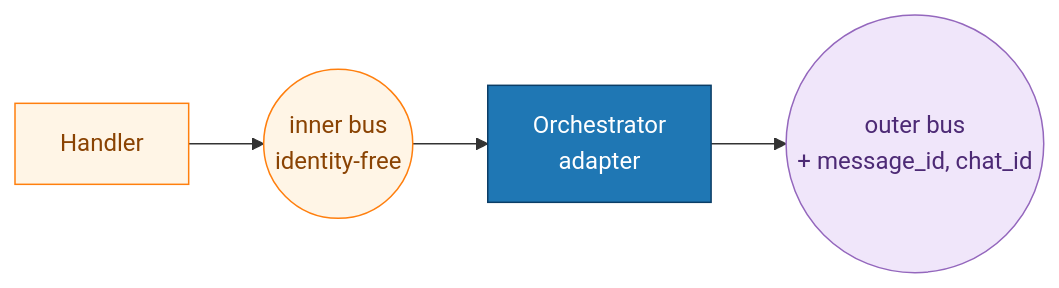
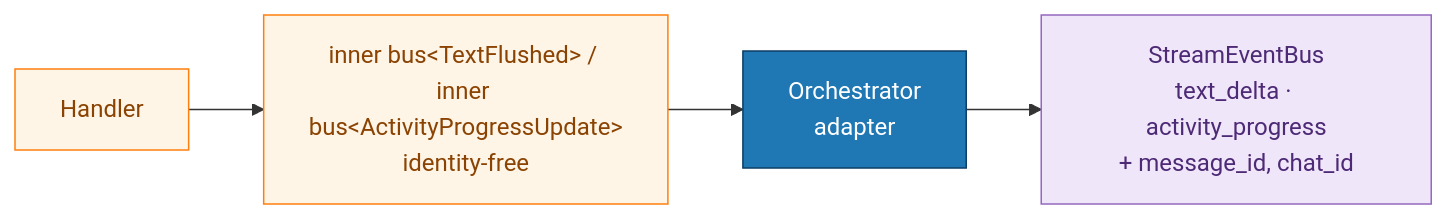
One commit to Unique-AG/ai changed diagram 14 of 17 in unique_toolkit/docs/streaming_architecture_visual.md. Above: the diagram before and after it, drawn with Mermaid. The commit also changed other lines of this file and 19 other files, not shown here.

````diff
--- a/unique_toolkit/docs/streaming_architecture_visual.md
+++ b/unique_toolkit/docs/streaming_architecture_visual.md
@@ -425,13 +446,13 @@
 ```mermaid
 flowchart LR
     classDef inner fill:#fff5e6,stroke:#ff7f0e,color:#8a4303
     classDef orch  fill:#1f77b4,stroke:#0b3d66,color:#fff
     classDef outer fill:#f0e6fa,stroke:#9467bd,color:#4d2a75
 
     H[Handler]:::inner
-    IN((inner bus<br/>identity-free)):::inner
+    IN[inner bus&lt;TextFlushed&gt; / inner bus&lt;ActivityProgressUpdate&gt;<br/>identity-free]:::inner
     AD[Orchestrator<br/>adapter]:::orch
-    OUT((outer bus<br/>+ message_id, chat_id)):::outer
+    OUT[StreamEventBus<br/>text_delta · activity_progress<br/>+ message_id, chat_id]:::outer
 
     H --> IN --> AD --> OUT
 ```
````
